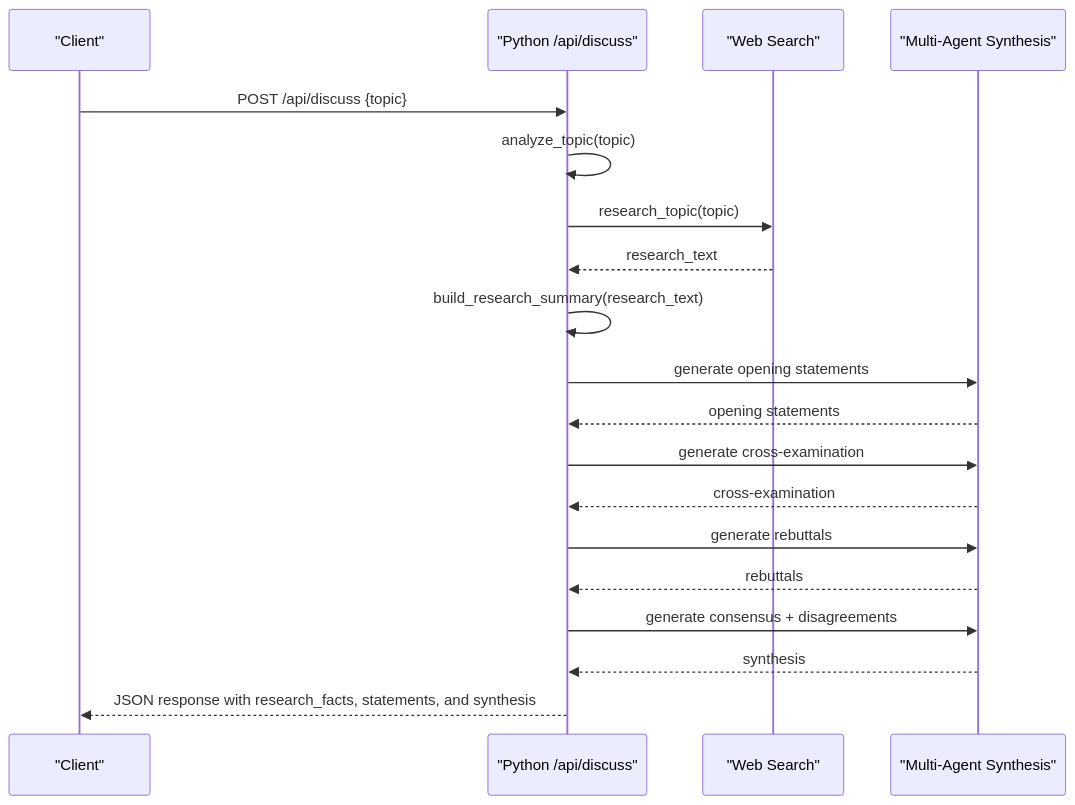
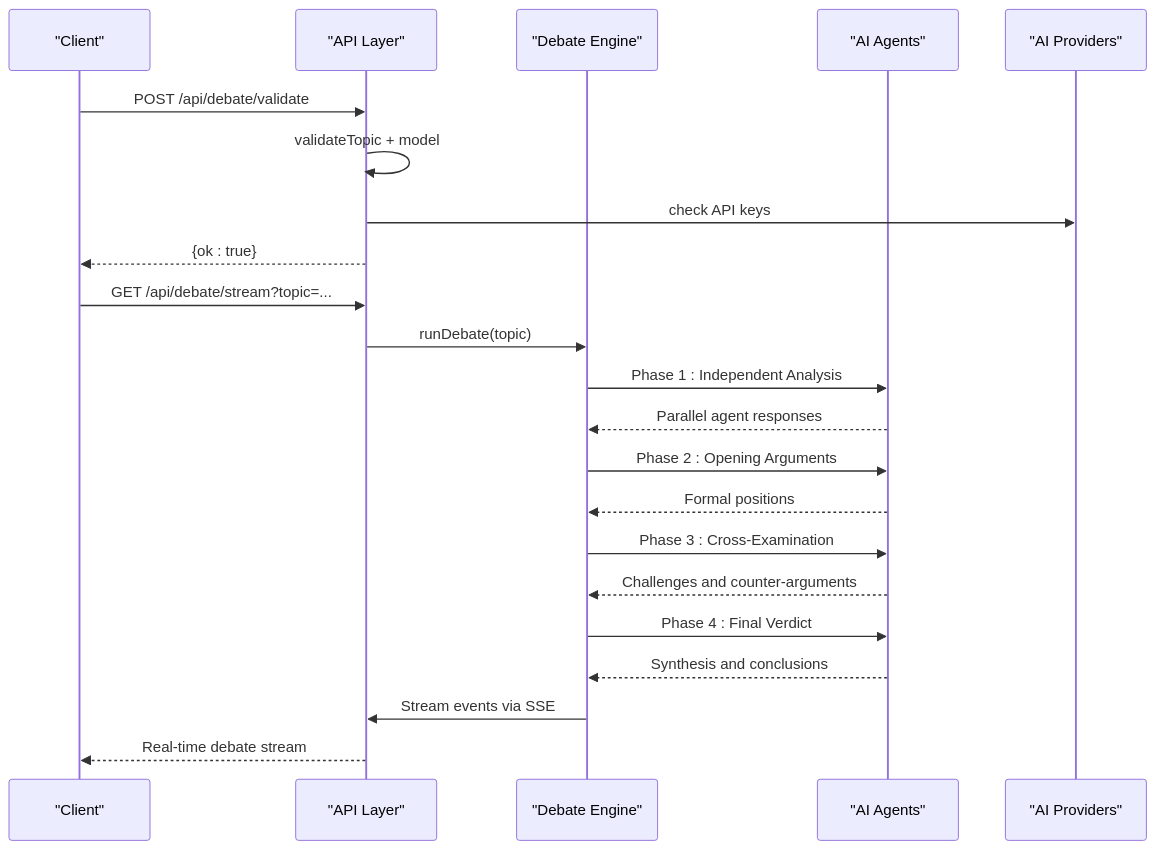
Before and after one commit to RunTimeAdmin/tri-ai: the second of 3 diagrams in .qoder/repowiki/en/content/Research & Discussion Platform/Discussion API Endpoints.md, drawn with Mermaid. The commit also changed other lines of this file and 21 other files, not shown here.

Commit message:
Add mixed-model debates, JSON/PDF export, auth/workspaces, battle arena visuals

````diff
--- a/.qoder/repowiki/en/content/Research & Discussion Platform/Discussion API Endpoints.md
+++ b/.qoder/repowiki/en/content/Research & Discussion Platform/Discussion API Endpoints.md
@@ -114,21 +113,24 @@
 ```mermaid
 sequenceDiagram
 participant Client as "Client"
-participant PyAPI as "Python /api/discuss"
-participant Web as "Web Search"
-participant Agents as "Multi-Agent Synthesis"
-Client->>PyAPI : POST /api/discuss {topic}
-PyAPI->>PyAPI : analyze_topic(topic)
-PyAPI->>Web : research_topic(topic)
-Web-->>PyAPI : research_text
-PyAPI->>PyAPI : build_research_summary(research_text)
-PyAPI->>Agents : generate opening statements
-Agents-->>PyAPI : opening statements
-PyAPI->>Agents : generate cross-examination
-Agents-->>PyAPI : cross-examination
-PyAPI->>Agents : generate rebuttals
-Agents-->>PyAPI : rebuttals
-PyAPI->>Agents : generate consensus + disagreements
-Agents-->>PyAPI : synthesis
-PyAPI-->>Client : JSON response with research_facts, statements, and synthesis
+participant API as "API Layer"
+participant Engine as "Debate Engine"
+participant Agents as "AI Agents"
+participant Providers as "AI Providers"
+Client->>API : POST /api/debate/validate
+API->>API : validateTopic + model
+API->>Providers : check API keys
+API-->>Client : {ok : true}
+Client->>API : GET /api/debate/stream?topic=...
+API->>Engine : runDebate(topic)
+Engine->>Agents : Phase 1 : Independent Analysis
+Agents-->>Engine : Parallel agent responses
+Engine->>Agents : Phase 2 : Opening Arguments
+Agents-->>Engine : Formal positions
+Engine->>Agents : Phase 3 : Cross-Examination
+Agents-->>Engine : Challenges and counter-arguments
+Engine->>Agents : Phase 4 : Final Verdict
+Agents-->>Engine : Synthesis and conclusions
+Engine->>API : Stream events via SSE
+API-->>Client : Real-time debate stream
 ```
````
